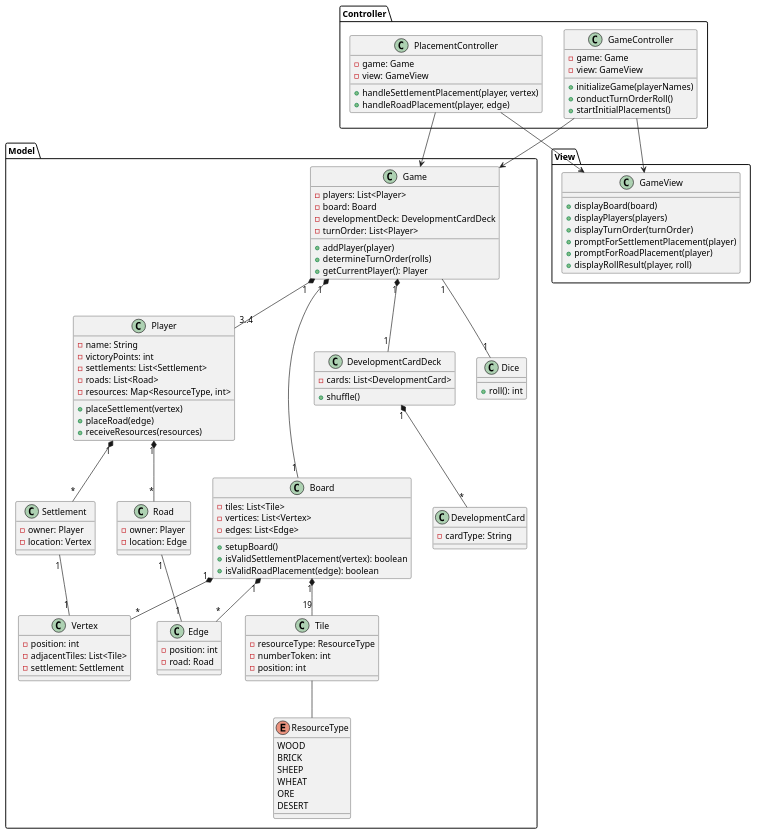
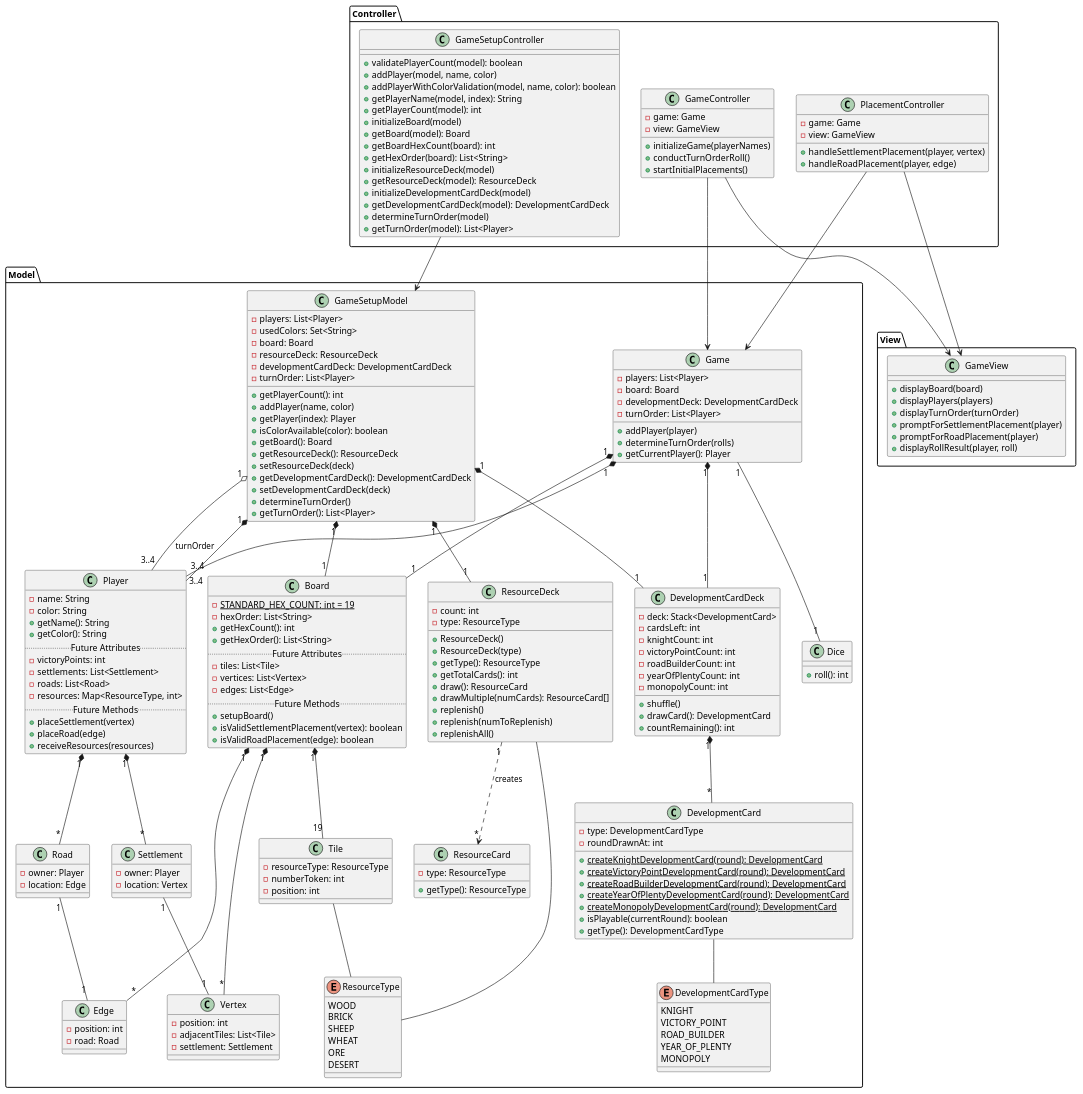
Before and after one commit to nu-cs-sqe/course-project-20252603-team-07-20252603-1: the diagram in docs/design/class-diagram.puml, drawn with PlantUML.

Commit message:
class diagram update

```diff
--- a/docs/design/class-diagram.puml
+++ b/docs/design/class-diagram.puml
@@ -1,6 +1,24 @@
 @startuml Catan MVP Class Diagram (MVC)
 
 package "Controller" {
+  class GameSetupController {
+    + validatePlayerCount(model): boolean
+    + addPlayer(model, name, color)
+    + addPlayerWithColorValidation(model, name, color): boolean
+    + getPlayerName(model, index): String
+    + getPlayerCount(model): int
+    + initializeBoard(model)
+    + getBoard(model): Board
+    + getBoardHexCount(board): int
+    + getHexOrder(board): List<String>
+    + initializeResourceDeck(model)
+    + getResourceDeck(model): ResourceDeck
+    + initializeDevelopmentCardDeck(model)
+    + getDevelopmentCardDeck(model): DevelopmentCardDeck
+    + determineTurnOrder(model)
+    + getTurnOrder(model): List<Player>
+  }
+
   class GameController {
     - game: Game
     - view: GameView
@@ -18,6 +36,26 @@
 }
 
 package "Model" {
+  class GameSetupModel {
+    - players: List<Player>
+    - usedColors: Set<String>
+    - board: Board
+    - resourceDeck: ResourceDeck
+    - developmentCardDeck: DevelopmentCardDeck
+    - turnOrder: List<Player>
+    + getPlayerCount(): int
+    + addPlayer(name, color)
+    + getPlayer(index): Player
+    + isColorAvailable(color): boolean
+    + getBoard(): Board
+    + getResourceDeck(): ResourceDeck
+    + setResourceDeck(deck)
+    + getDevelopmentCardDeck(): DevelopmentCardDeck
+    + setDevelopmentCardDeck(deck)
+    + determineTurnOrder()
+    + getTurnOrder(): List<Player>
+  }
+
   class Game {
     - players: List<Player>
     - board: Board
@@ -30,22 +68,47 @@
 
   class Player {
     - name: String
+    - color: String
+    + getName(): String
+    + getColor(): String
+    .. Future Attributes ..
     - victoryPoints: int
     - settlements: List<Settlement>
     - roads: List<Road>
     - resources: Map<ResourceType, int>
+    .. Future Methods ..
     + placeSettlement(vertex)
     + placeRoad(edge)
     + receiveResources(resources)
   }
 
   class Board {
+    - {static} STANDARD_HEX_COUNT: int = 19
+    - hexOrder: List<String>
+    + getHexCount(): int
+    + getHexOrder(): List<String>
+    .. Future Attributes ..
     - tiles: List<Tile>
     - vertices: List<Vertex>
     - edges: List<Edge>
+    .. Future Methods ..
     + setupBoard()
     + isValidSettlementPlacement(vertex): boolean
     + isValidRoadPlacement(edge): boolean
+  }
+
+  class ResourceDeck {
+    - count: int
+    - type: ResourceType
+    + ResourceDeck()
+    + ResourceDeck(type)
+    + getType(): ResourceType
+    + getTotalCards(): int
+    + draw(): ResourceCard
+    + drawMultiple(numCards): ResourceCard[]
+    + replenish()
+    + replenish(numToReplenish)
+    + replenishAll()
   }
 
   class Tile {
@@ -84,13 +147,42 @@
     - location: Edge
   }
 
+  class ResourceCard {
+    - type: ResourceType
+    + getType(): ResourceType
+  }
+
   class DevelopmentCardDeck {
-    - cards: List<DevelopmentCard>
+    - deck: Stack<DevelopmentCard>
+    - cardsLeft: int
+    - knightCount: int
+    - victoryPointCount: int
+    - roadBuilderCount: int
+    - yearOfPlentyCount: int
+    - monopolyCount: int
     + shuffle()
+    + drawCard(): DevelopmentCard
+    + countRemaining(): int
   }
 
   class DevelopmentCard {
-    - cardType: String
+    - type: DevelopmentCardType
+    - roundDrawnAt: int
+    + {static} createKnightDevelopmentCard(round): DevelopmentCard
+    + {static} createVictoryPointDevelopmentCard(round): DevelopmentCard
+    + {static} createRoadBuilderDevelopmentCard(round): DevelopmentCard
+    + {static} createYearOfPlentyDevelopmentCard(round): DevelopmentCard
+    + {static} createMonopolyDevelopmentCard(round): DevelopmentCard
+    + isPlayable(currentRound): boolean
+    + getType(): DevelopmentCardType
+  }
+
+  enum DevelopmentCardType {
+    KNIGHT
+    VICTORY_POINT
+    ROAD_BUILDER
+    YEAR_OF_PLENTY
+    MONOPOLY
   }
 
   class Dice {
@@ -109,23 +201,39 @@
   }
 }
 
+GameSetupController --> GameSetupModel
 GameController --> Game
 GameController --> GameView
 PlacementController --> Game
 PlacementController --> GameView
 
+GameSetupModel "1" *-- "3..4" Player
+GameSetupModel "1" *-- "1" Board
+GameSetupModel "1" *-- "1" ResourceDeck
+GameSetupModel "1" *-- "1" DevelopmentCardDeck
+GameSetupModel "1" o-- "3..4" Player : turnOrder
+
 Game "1" *-- "3..4" Player
 Game "1" *-- "1" Board
 Game "1" *-- "1" DevelopmentCardDeck
 Game "1" -- "1" Dice
+
 Board "1" *-- "19" Tile
 Board "1" *-- "*" Vertex
 Board "1" *-- "*" Edge
+
+ResourceDeck -- ResourceType
+ResourceDeck "1" ..> "*" ResourceCard : creates
+
+DevelopmentCardDeck "1" *-- "*" DevelopmentCard
+DevelopmentCard -- DevelopmentCardType
+
 Tile -- ResourceType
+
 Player "1" *-- "*" Settlement
 Player "1" *-- "*" Road
+
 Settlement "1" -- "1" Vertex
 Road "1" -- "1" Edge
-DevelopmentCardDeck "1" *-- "*" DevelopmentCard
 
 @enduml
```
